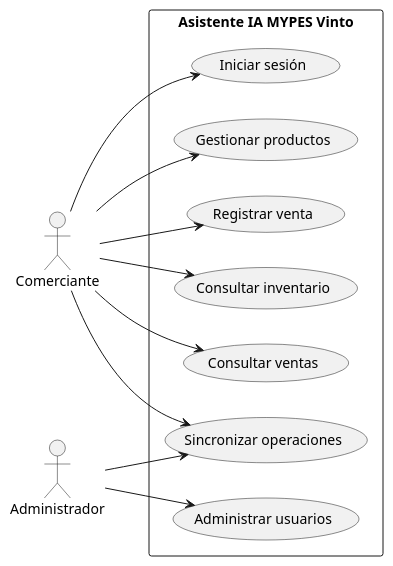
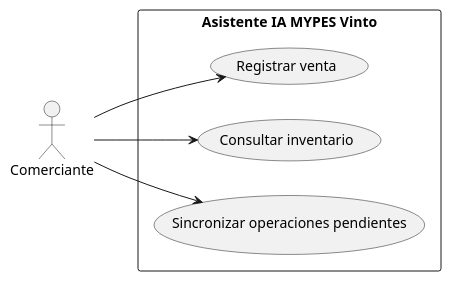
Before and after one commit to bibi567-ch/asistente-ia-mypes-vinto: the diagram in diagrams/Casos_Uso.puml, drawn with PlantUML.

Commit message:
docs: alinear diagrama UML con casos de uso consolidados

```diff
--- a/diagrams/Casos_Uso.puml
+++ b/diagrams/Casos_Uso.puml
@@ -1,22 +1,12 @@
 @startuml
 left to right direction
 actor Comerciante
-actor Administrador
 rectangle "Asistente IA MYPES Vinto" {
-  usecase "Iniciar sesión" as UC1
-  usecase "Gestionar productos" as UC2
-  usecase "Registrar venta" as UC3
-  usecase "Consultar inventario" as UC4
-  usecase "Consultar ventas" as UC5
-  usecase "Sincronizar operaciones" as UC6
-  usecase "Administrar usuarios" as UC7
+  usecase "Registrar venta" as UC01
+  usecase "Consultar inventario" as UC02
+  usecase "Sincronizar operaciones pendientes" as UC03
 }
-Comerciante --> UC1
-Comerciante --> UC2
-Comerciante --> UC3
-Comerciante --> UC4
-Comerciante --> UC5
-Comerciante --> UC6
-Administrador --> UC7
-Administrador --> UC6
+Comerciante --> UC01
+Comerciante --> UC02
+Comerciante --> UC03
 @enduml
```
